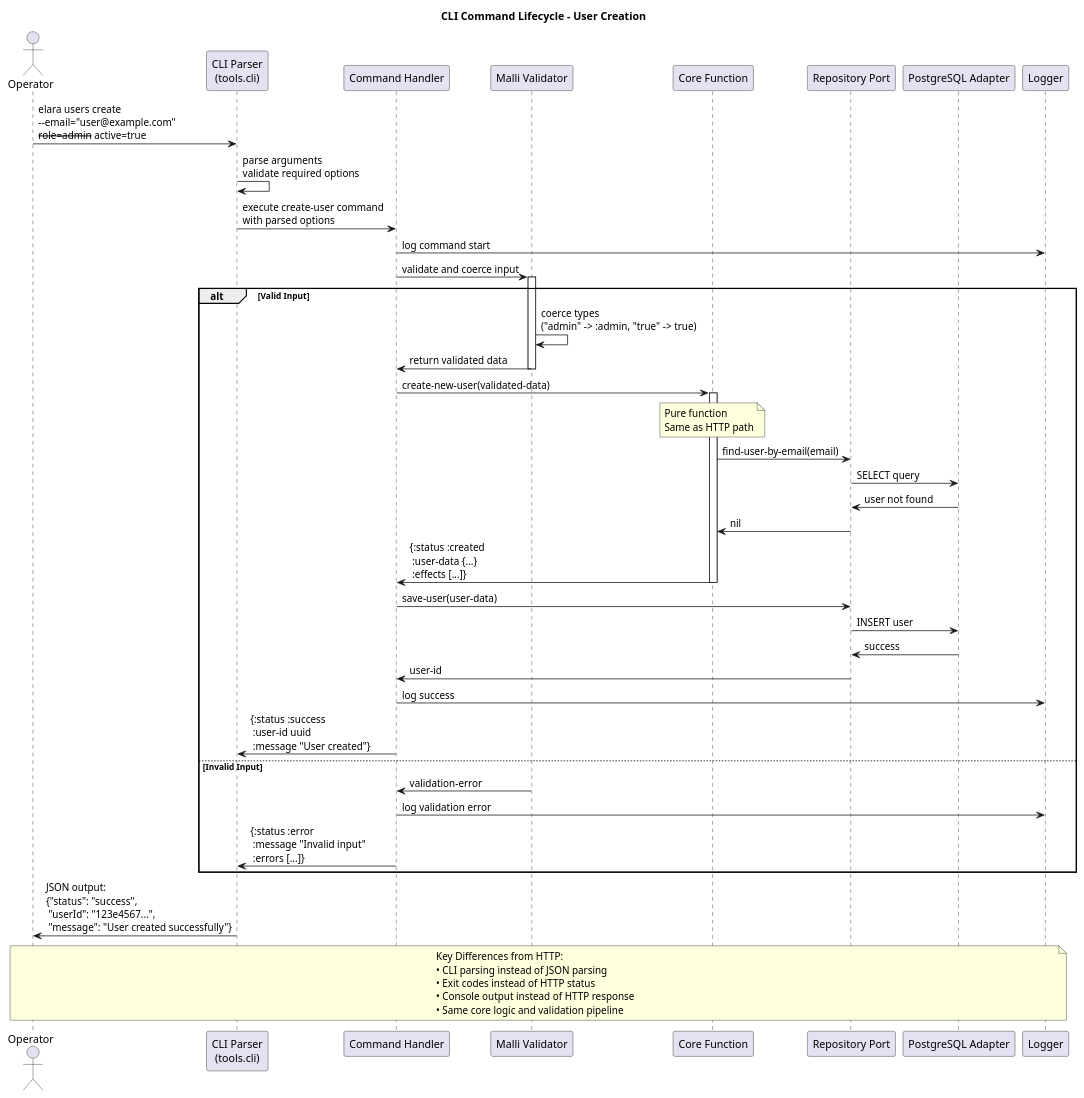
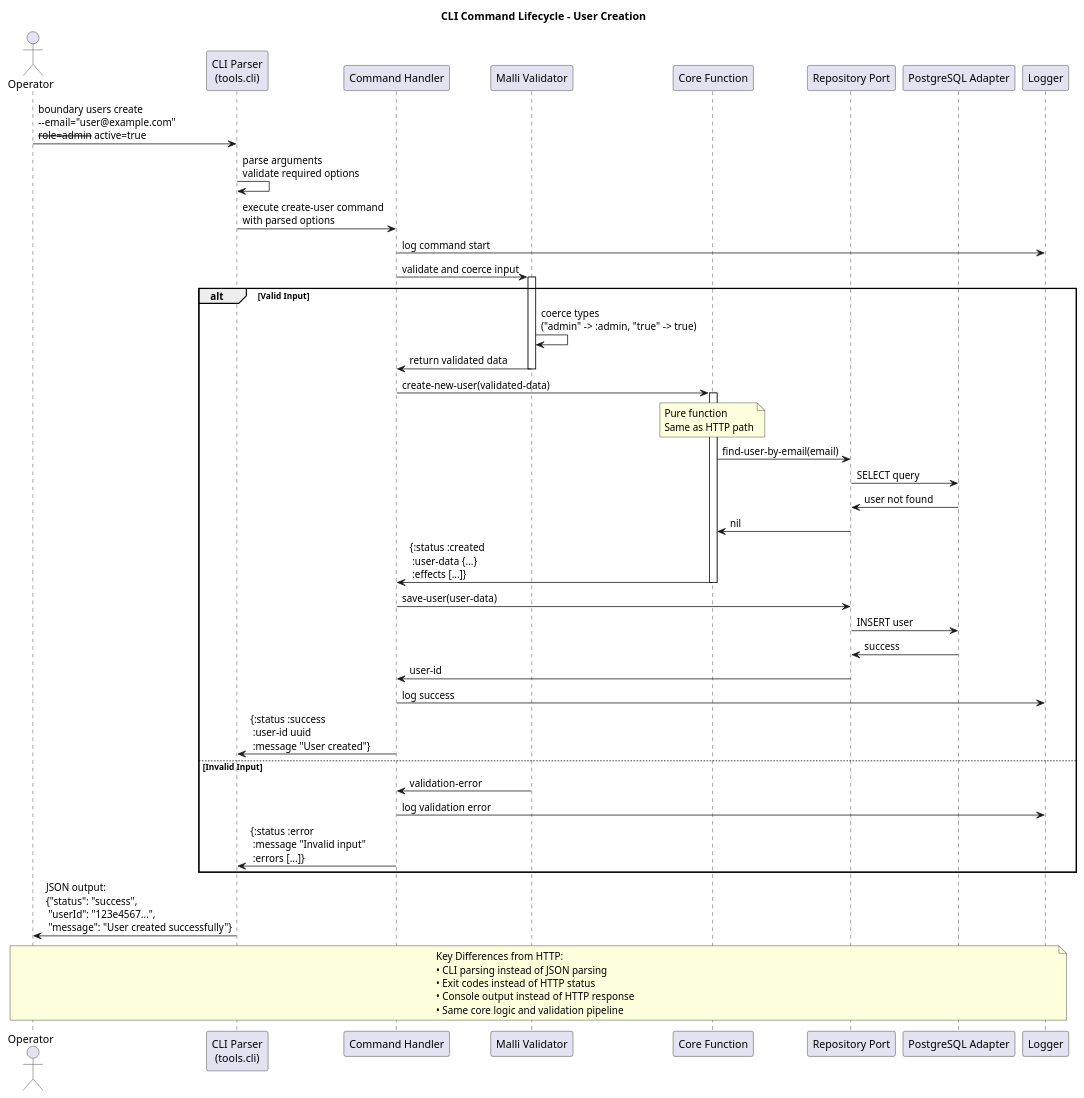
The diagram in docs/diagrams/cli-command-lifecycle.puml (thijs-creemers/boundary), drawn with PlantUML before and after one commit. The commit also changed 109 other files, not shown here.

```diff
--- a/docs/diagrams/cli-command-lifecycle.puml
+++ b/docs/diagrams/cli-command-lifecycle.puml
@@ -1,66 +1,66 @@
 @startuml
 title CLI Command Lifecycle - User Creation
 
 actor Operator
 participant "CLI Parser\n(tools.cli)" as CLI
 participant "Command Handler" as Handler
 participant "Malli Validator" as Validator  
 participant "Core Function" as Core
 participant "Repository Port" as Port
 participant "PostgreSQL Adapter" as DB
 participant "Logger" as Logger
 
-Operator -> CLI: elara users create\n--email="user@example.com"\n--role=admin --active=true
+Operator -> CLI: boundary users create\n--email="user@example.com"\n--role=admin --active=true
 
 CLI -> CLI: parse arguments\nvalidate required options
 CLI -> Handler: execute create-user command\nwith parsed options
 
 Handler -> Logger: log command start
 Handler -> Validator: validate and coerce input
 activate Validator
 
 alt Valid Input
   Validator -> Validator: coerce types\n("admin" -> :admin, "true" -> true)
   Validator -> Handler: return validated data
   deactivate Validator
   
   Handler -> Core: create-new-user(validated-data)
   activate Core
   
   Note over Core: Pure function\nSame as HTTP path
   
   Core -> Port: find-user-by-email(email)
   Port -> DB: SELECT query
   DB -> Port: user not found
   Port -> Core: nil
   
   Core -> Handler: {:status :created\n :user-data {...}\n :effects [...]}
   deactivate Core
   
   Handler -> Port: save-user(user-data)
   Port -> DB: INSERT user
   DB -> Port: success
   Port -> Handler: user-id
   
   Handler -> Logger: log success
   Handler -> CLI: {:status :success\n :user-id uuid\n :message "User created"}
   
 else Invalid Input  
   Validator -> Handler: validation-error
   deactivate Validator
   
   Handler -> Logger: log validation error
   Handler -> CLI: {:status :error\n :message "Invalid input"\n :errors [...]}
 end
 
 CLI -> Operator: JSON output:\n{"status": "success",\n "userId": "123e4567...",\n "message": "User created successfully"}
 
 note over Operator, Logger
   Key Differences from HTTP:
   • CLI parsing instead of JSON parsing
   • Exit codes instead of HTTP status
   • Console output instead of HTTP response
   • Same core logic and validation pipeline
 end note
 
 @enduml
```
